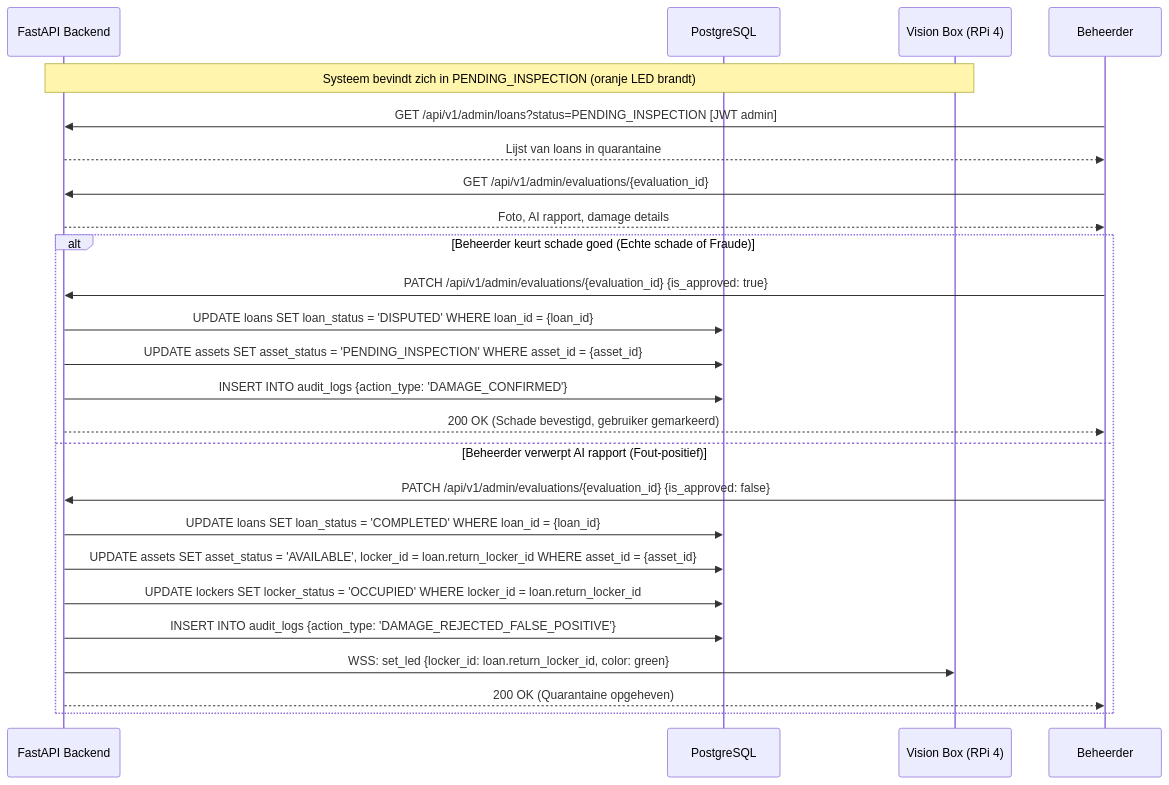
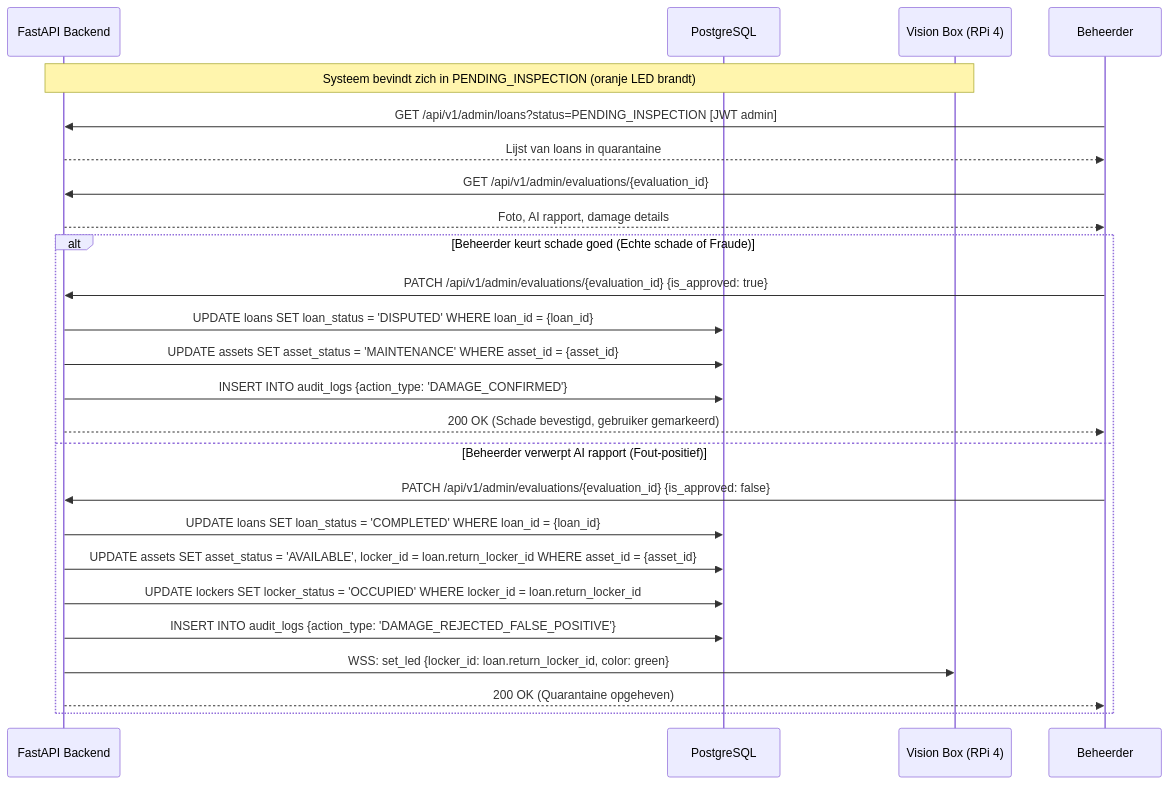
One commit to easylend-practice-enterprise/easylend changed the diagram in docs/diagrams/sequence_quarantine.mmd. Above: the diagram before and after it, drawn with Mermaid. The commit also changed 4 other files, not shown here.

Commit message:
fix: mermaid rendering and copilot logic fixes

```diff
--- a/docs/diagrams/sequence_quarantine.mmd
+++ b/docs/diagrams/sequence_quarantine.mmd
@@ -1,29 +1,29 @@
 sequenceDiagram
     participant API as FastAPI Backend
     participant DB as PostgreSQL
     participant VB as Vision Box (RPi 4)
     participant Admin as Beheerder
 
     Note over API,VB: Systeem bevindt zich in PENDING_INSPECTION (oranje LED brandt)
 
     Admin->>API: GET /api/v1/admin/loans?status=PENDING_INSPECTION [JWT admin]
     API-->>Admin: Lijst van loans in quarantaine
 
     Admin->>API: GET /api/v1/admin/evaluations/{evaluation_id}
     API-->>Admin: Foto, AI rapport, damage details
 
     alt Beheerder keurt schade goed (Echte schade of Fraude)
         Admin->>API: PATCH /api/v1/admin/evaluations/{evaluation_id} {is_approved: true}
         API->>DB: UPDATE loans SET loan_status = 'DISPUTED' WHERE loan_id = {loan_id}
-        API->>DB: UPDATE assets SET asset_status = 'PENDING_INSPECTION' WHERE asset_id = {asset_id}
+        API->>DB: UPDATE assets SET asset_status = 'MAINTENANCE' WHERE asset_id = {asset_id}
         API->>DB: INSERT INTO audit_logs {action_type: 'DAMAGE_CONFIRMED'}
         API-->>Admin: 200 OK (Schade bevestigd, gebruiker gemarkeerd)
     else Beheerder verwerpt AI rapport (Fout-positief)
         Admin->>API: PATCH /api/v1/admin/evaluations/{evaluation_id} {is_approved: false}
         API->>DB: UPDATE loans SET loan_status = 'COMPLETED' WHERE loan_id = {loan_id}
         API->>DB: UPDATE assets SET asset_status = 'AVAILABLE', locker_id = loan.return_locker_id WHERE asset_id = {asset_id}
         API->>DB: UPDATE lockers SET locker_status = 'OCCUPIED' WHERE locker_id = loan.return_locker_id
         API->>DB: INSERT INTO audit_logs {action_type: 'DAMAGE_REJECTED_FALSE_POSITIVE'}
         API->>VB: WSS: set_led {locker_id: loan.return_locker_id, color: green}
         API-->>Admin: 200 OK (Quarantaine opgeheven)
     end
```
